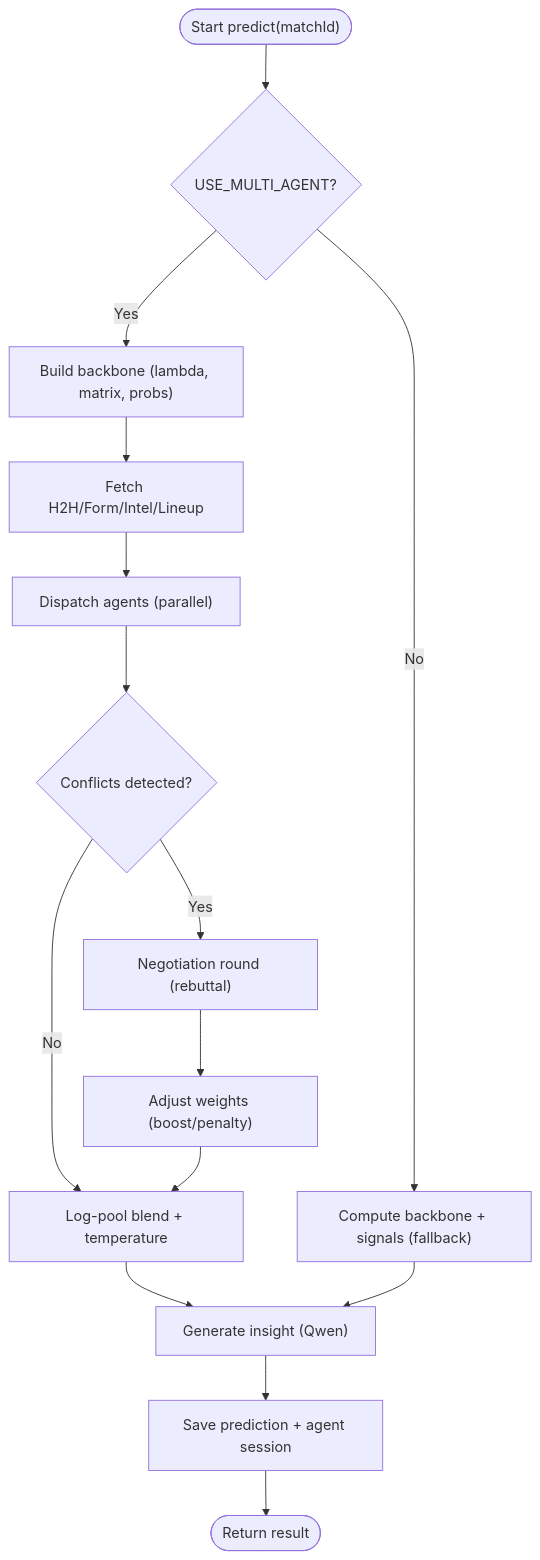
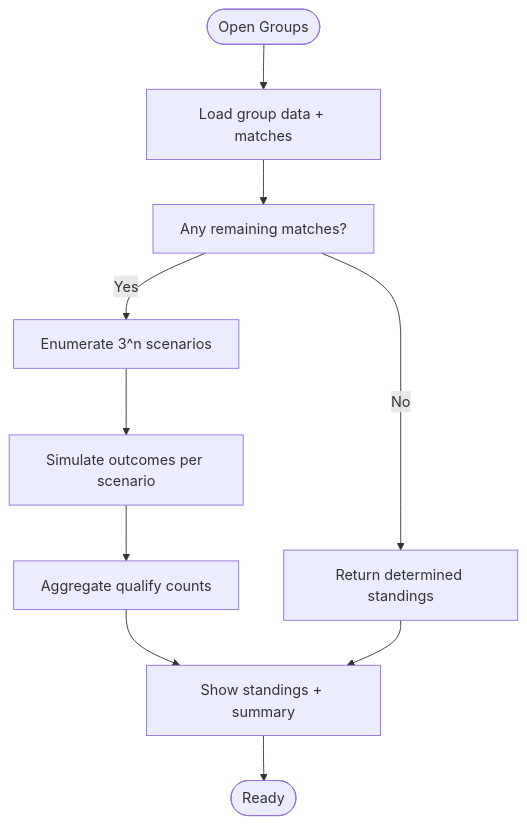
One commit to cheesiong/WC26-qwen changed the sixth of 10 diagrams in .qoder/repowiki/en/content/Project Overview/Key Features.md. Above: the diagram before and after it, drawn with Mermaid. The commit also changed other lines of this file and 181 other files, not shown here.

First line of the commit message:
Add Sofascore and Google multi-source lineup scrapers

````diff
--- a/.qoder/repowiki/en/content/Project Overview/Key Features.md
+++ b/.qoder/repowiki/en/content/Project Overview/Key Features.md
@@ -160,17 +222,12 @@
 ```mermaid
 flowchart TD
-Start(["Start predict(matchId)"]) --> CheckAgent{"USE_MULTI_AGENT?"}
-CheckAgent --> |Yes| Backbone["Build backbone (lambda, matrix, probs)"]
-Backbone --> Fetch["Fetch H2H/Form/Intel/Lineup"]
-Fetch --> Dispatch["Dispatch agents (parallel)"]
-Dispatch --> Conflict{"Conflicts detected?"}
-Conflict --> |Yes| Negotiate["Negotiation round (rebuttal)"]
-Conflict --> |No| Blend["Log-pool blend + temperature"]
-Negotiate --> Adjust["Adjust weights (boost/penalty)"]
-Adjust --> Blend
-Blend --> Insight["Generate insight (Qwen)"]
-Insight --> Save["Save prediction + agent session"]
-Save --> End(["Return result"])
-CheckAgent --> |No| SingleModel["Compute backbone + signals (fallback)"]
-SingleModel --> Insight
+Start(["Open Groups"]) --> Load["Load group data + matches"]
+Load --> Check["Any remaining matches?"]
+Check --> |Yes| Enumerate["Enumerate 3^n scenarios"]
+Enumerate --> Simulate["Simulate outcomes per scenario"]
+Simulate --> Aggregate["Aggregate qualify counts"]
+Aggregate --> Display["Show standings + summary"]
+Check --> |No| Determined["Return determined standings"]
+Determined --> Display
+Display --> End(["Ready"])
 ```
````
